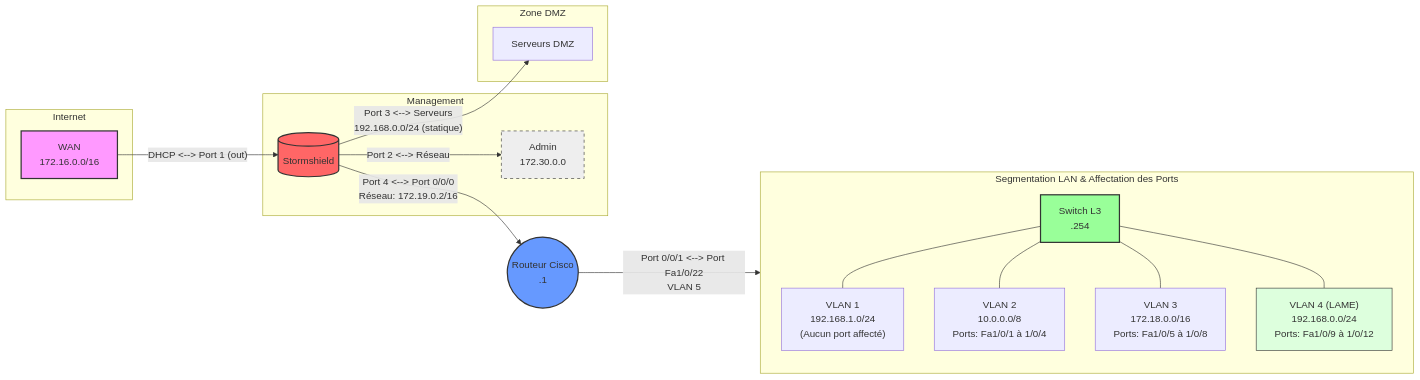
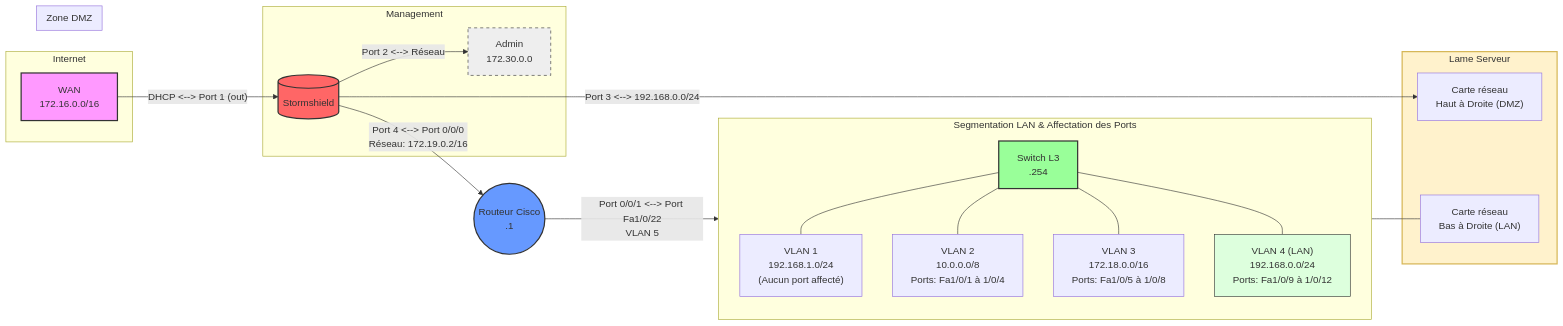
Before and after one commit to Trq-Builds/Schema-Reseau-M2L: the diagram in README.md, drawn with Mermaid.

Commit message:
Update VLAN 4 label from 'LAME' to 'LAN'

````diff
--- a/README.md
+++ b/README.md
@@ -34,35 +34,43 @@
 ```mermaid
 graph LR
     subgraph Internet
     WAN["WAN<br/>172.16.0.0/16"]
     end
 
     WAN -- "DHCP <--> Port 1 (out)" --> FW[("Stormshield")]
 
     subgraph Management
     FW -- "Port 2 <--> Réseau" --> ADMIN["Admin<br/>172.30.0.0"]
     end
 
+    subgraph LAME[Lame Serveur]
+    NIC_DMZ["Carte réseau<br/>Haut à Droite (DMZ)"]
+    NIC_LAN["Carte réseau<br/>Bas à Droite (LAN)"]
+    end
+
     subgraph DMZ_Zone[Zone DMZ]
-    FW -- "Port 3 <--> Serveurs<br/>192.168.0.0/24 (statique)" --> DMZ_Srv["Serveurs DMZ"]
+    FW -- "Port 3 <--> 192.168.0.0/24" --> NIC_DMZ
     end
 
     FW -- "Port 4 <--> Port 0/0/0<br/>Réseau: 172.19.0.2/16" --> R1(("Routeur Cisco<br/>.1"))
     
     R1 -- "Port 0/0/1 <--> Port Fa1/0/22<br/>VLAN 5<br/>" --> SW["Switch L3<br/>.254"]
 
     subgraph LAN_Segmentation[Segmentation LAN & Affectation des Ports]
     direction TB
     SW --- V1["VLAN 1<br/>192.168.1.0/24<br/>(Aucun port affecté)"]
     SW --- V2["VLAN 2<br/>10.0.0.0/8<br/>Ports: Fa1/0/1 à 1/0/4"]
     SW --- V3["VLAN 3<br/>172.18.0.0/16<br/>Ports: Fa1/0/5 à 1/0/8"]
-    SW --- V4["VLAN 4 (LAME)<br/>192.168.0.0/24<br/>Ports: Fa1/0/9 à 1/0/12"]
+    SW --- V4["VLAN 4 (LAN)<br/>192.168.0.0/24<br/>Ports: Fa1/0/9 à 1/0/12"]
     end
+
+    V4 --- NIC_LAN
 
     style WAN fill:#f9f,stroke:#333,stroke-width:2px
     style FW fill:#f66,stroke:#333,stroke-width:2px
     style R1 fill:#69f,stroke:#333,stroke-width:2px
     style SW fill:#9f9,stroke:#333,stroke-width:2px
     style V4 fill:#dfd,stroke:#333
     style ADMIN fill:#eee,stroke:#333,stroke-dasharray: 5 5
+    style LAME fill:#fff2cc,stroke:#d6b656,stroke-width:2px
 ```
````
